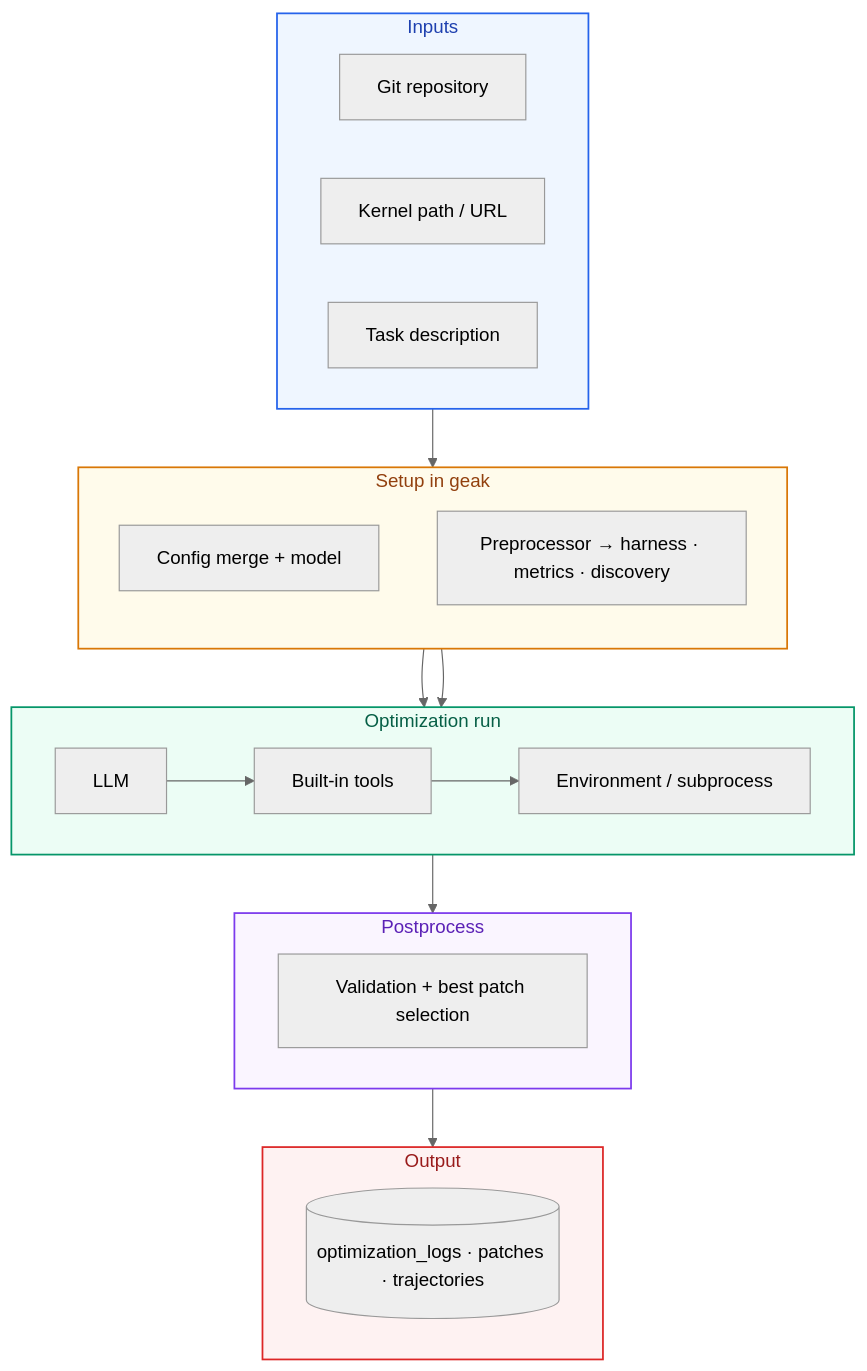
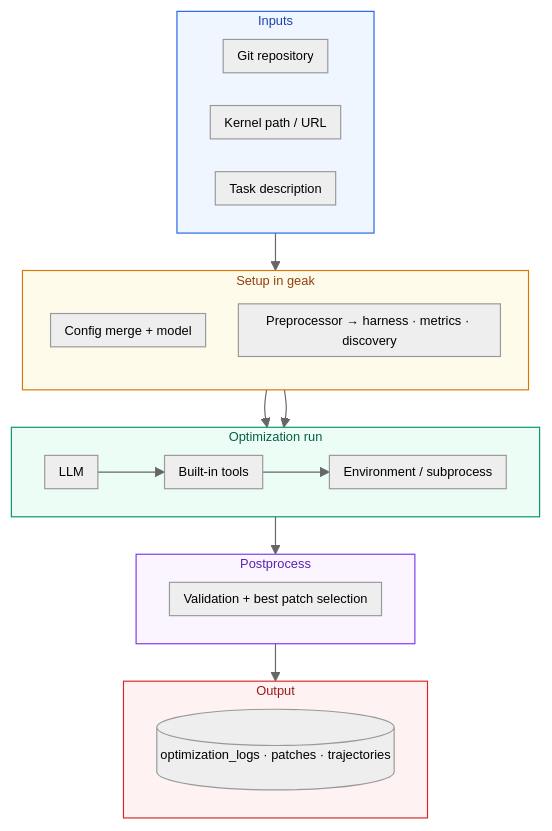
Before and after one commit to Bsgg1/GEAK: the diagram in README.md, drawn with Mermaid.

Commit message:
docs<readme>: make the flowchart smaller

````diff
--- a/README.md
+++ b/README.md
@@ -15,44 +15,44 @@
 ```mermaid
-%%{init: {"theme": "neutral", "flowchart": {"curve": "basis", "padding": 16}}}%%
+%%{init: {"theme": "neutral", "flowchart": {"curve": "basis", "padding": 6, "nodeSpacing": 28, "rankSpacing": 32}, "themeVariables": {"fontSize": "11px", "fontFamily": "ui-sans-serif, system-ui, sans-serif"}}}%%
 flowchart TB
   subgraph Inputs
     direction LR
     R[Git repository]
     K[Kernel path / URL]
     T[Task description]
   end
 
   subgraph Setup["Setup in geak"]
     direction TB
     CFG[Config merge + model]
     PRE[Preprocessor → harness · metrics · discovery]
   end
 
   subgraph OptRun["Optimization run"]
     direction LR
     LLM[LLM]
     TOOL[Built-in tools]
     ENV[Environment / subprocess]
     LLM --> TOOL --> ENV
   end
 
   subgraph POSTPROC["Postprocess"]
     SEL[Validation + best patch selection]
   end
 
   subgraph OUT["Output"]
     OP[(optimization_logs · patches · trajectories)]
   end
 
   Inputs --> Setup
   CFG --> OptRun
   PRE --> OptRun
   OptRun --> POSTPROC
   POSTPROC --> OUT
 
-  style Inputs fill:#eff6ff,stroke:#2563eb,stroke-width:1.5px,color:#1e40af
-  style Setup fill:#fffbeb,stroke:#d97706,stroke-width:1.5px,color:#92400e
-  style OptRun fill:#ecfdf5,stroke:#059669,stroke-width:1.5px,color:#065f46
-  style POSTPROC fill:#faf5ff,stroke:#7c3aed,stroke-width:1.5px,color:#5b21b6
-  style OUT fill:#fef2f2,stroke:#dc2626,stroke-width:1.5px,color:#991b1b
+  style Inputs fill:#eff6ff,stroke:#2563eb,stroke-width:1px,color:#1e40af
+  style Setup fill:#fffbeb,stroke:#d97706,stroke-width:1px,color:#92400e
+  style OptRun fill:#ecfdf5,stroke:#059669,stroke-width:1px,color:#065f46
+  style POSTPROC fill:#faf5ff,stroke:#7c3aed,stroke-width:1px,color:#5b21b6
+  style OUT fill:#fef2f2,stroke:#dc2626,stroke-width:1px,color:#991b1b
 ```
````
